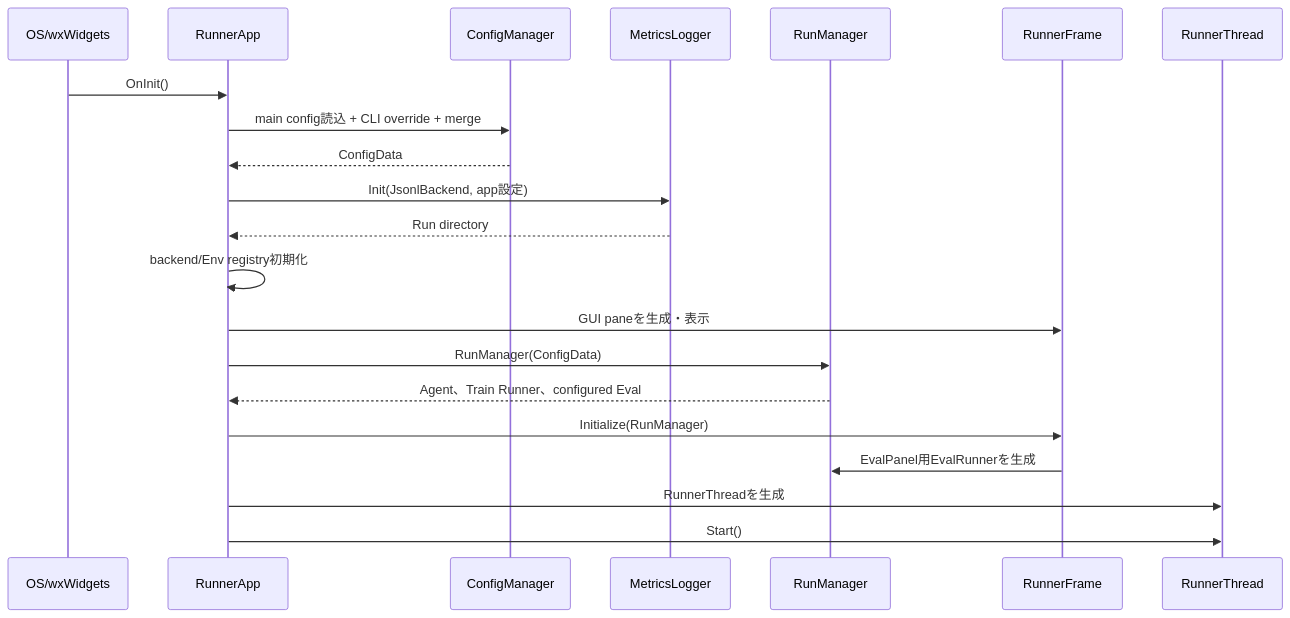
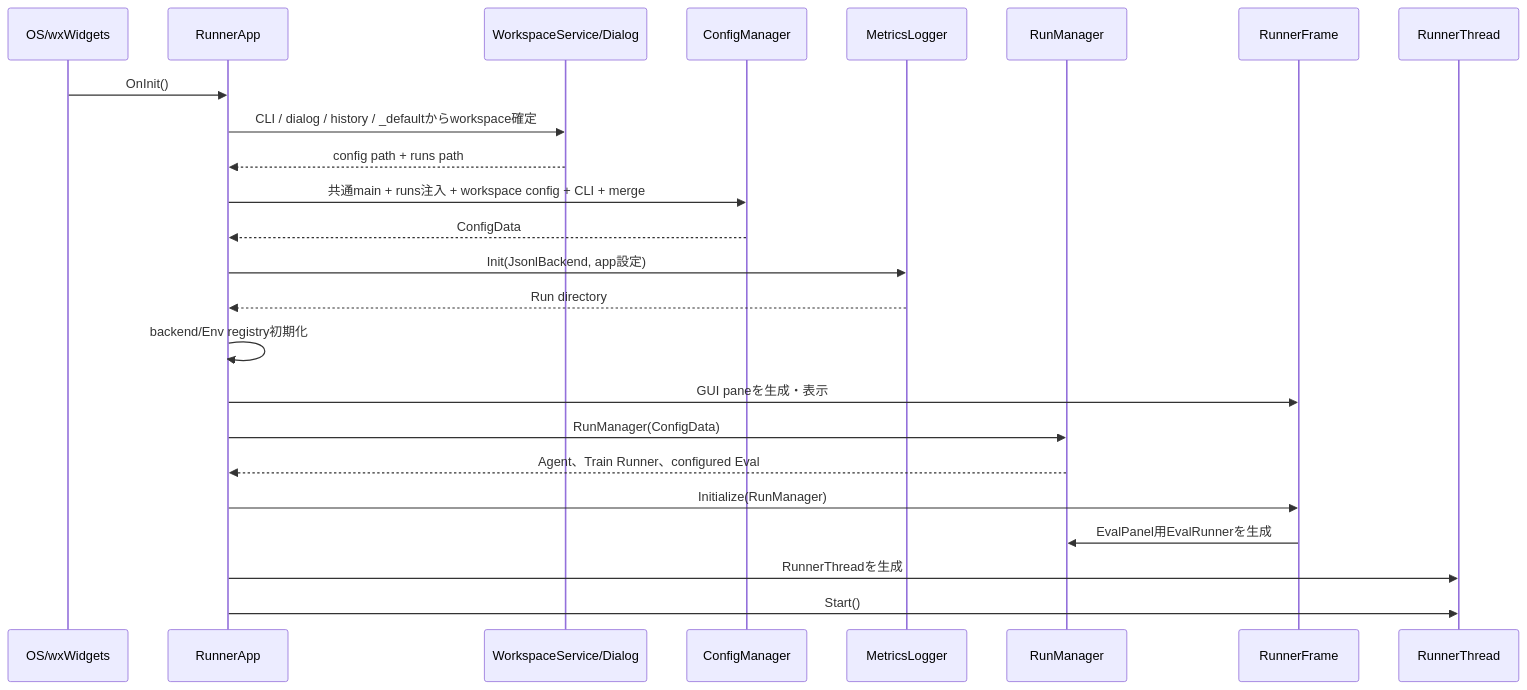
The second of 4 diagrams in docs/design/160_applications_and_tools.jp.md (kazukin123/anet-lab), drawn with Mermaid before and after one commit. The commit also changed other lines of this file and 52 other files, not shown here.

````diff
--- a/docs/design/160_applications_and_tools.jp.md
+++ b/docs/design/160_applications_and_tools.jp.md
@@ -179,24 +184,27 @@
 ```mermaid
 sequenceDiagram
     participant OS as OS/wxWidgets
     participant A as RunnerApp
+    participant W as WorkspaceService/Dialog
     participant C as ConfigManager
     participant M as MetricsLogger
     participant R as RunManager
     participant F as RunnerFrame
     participant T as RunnerThread
 
     OS->>A: OnInit()
-    A->>C: main config読込 + CLI override + merge
+    A->>W: CLI / dialog / history / _defaultからworkspace確定
+    W-->>A: config path + runs path
+    A->>C: 共通main + runs注入 + workspace config + CLI + merge
     C-->>A: ConfigData
     A->>M: Init(JsonlBackend, app設定)
     M-->>A: Run directory
     A->>A: backend/Env registry初期化
     A->>F: GUI paneを生成・表示
     A->>R: RunManager(ConfigData)
     R-->>A: Agent、Train Runner、configured Eval
     A->>F: Initialize(RunManager)
     F->>R: EvalPanel用EvalRunnerを生成
     A->>T: RunnerThreadを生成
     A->>T: Start()
 ```
````
